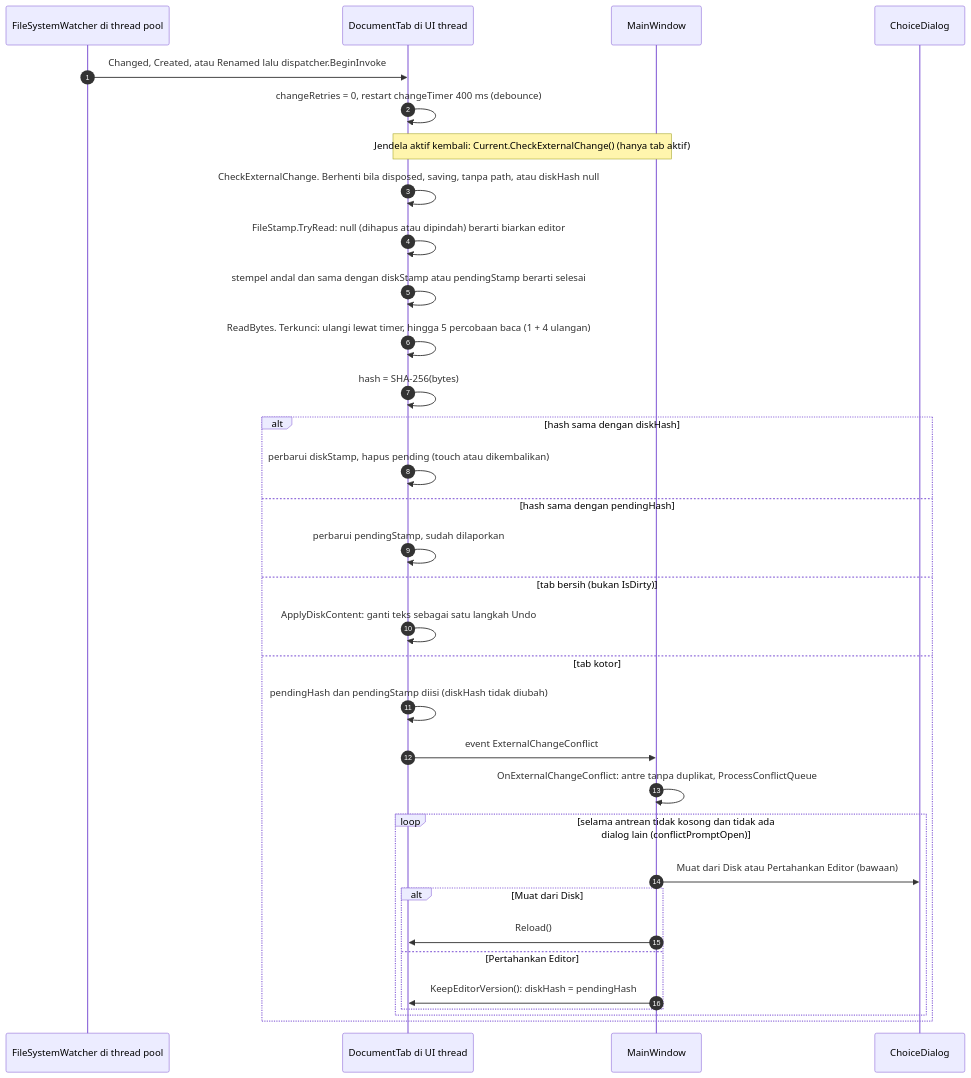
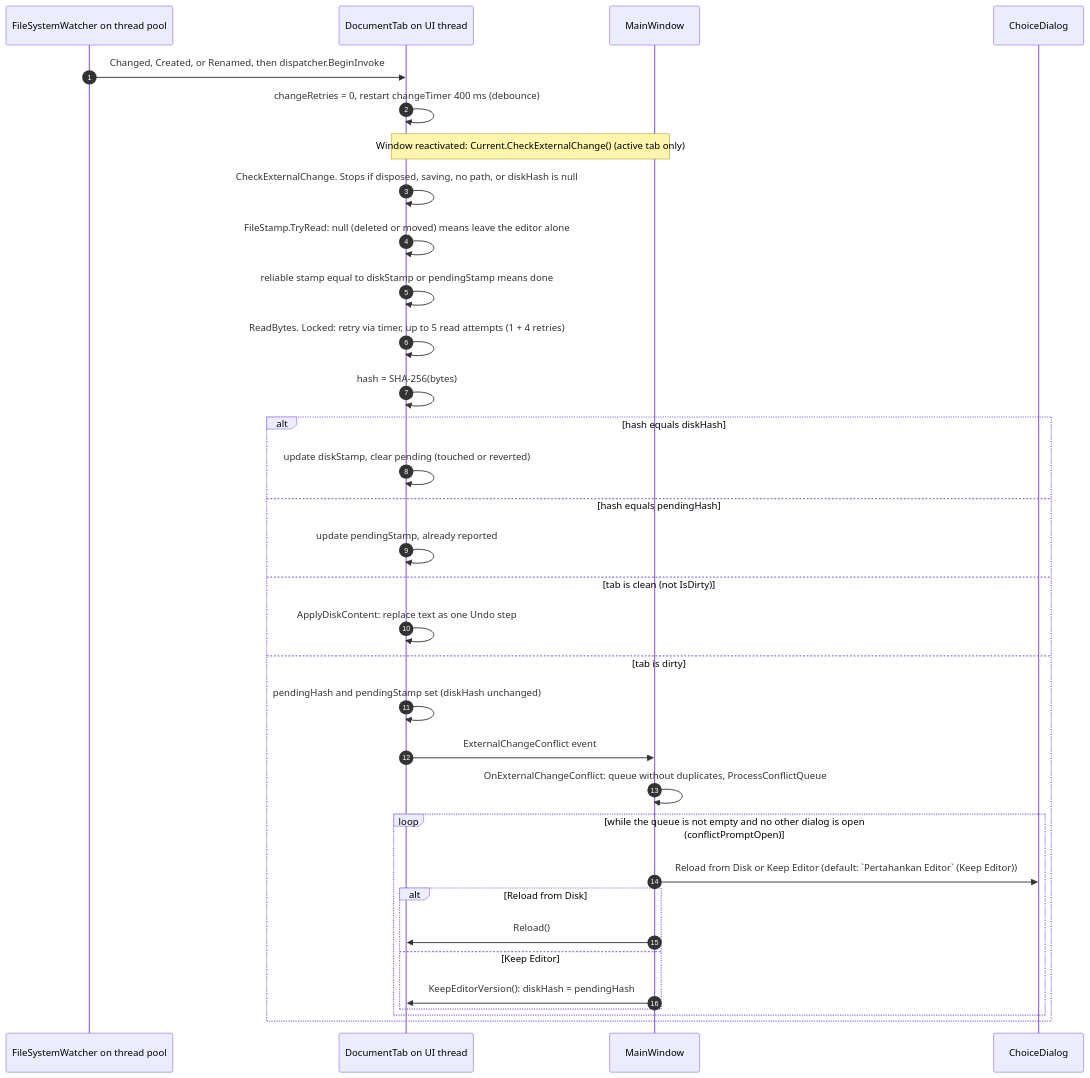
The sixth of 14 diagrams in docs/ARCHITECTURE.md (hoaaah/Makdon), drawn with Mermaid before and after one commit. The commit also changed other lines of this file and 8 other files, not shown here.

````diff
--- a/docs/ARCHITECTURE.md
+++ b/docs/ARCHITECTURE.md
@@ -382,36 +379,36 @@
 ```mermaid
 sequenceDiagram
     autonumber
-    participant W as FileSystemWatcher di thread pool
-    participant T as DocumentTab di UI thread
+    participant W as FileSystemWatcher on thread pool
+    participant T as DocumentTab on UI thread
     participant M as MainWindow
     participant D as ChoiceDialog
 
-    W->>T: Changed, Created, atau Renamed lalu dispatcher.BeginInvoke
+    W->>T: Changed, Created, or Renamed, then dispatcher.BeginInvoke
     T->>T: changeRetries = 0, restart changeTimer 400 ms (debounce)
-    Note over M,T: Jendela aktif kembali: Current.CheckExternalChange() (hanya tab aktif)
-    T->>T: CheckExternalChange. Berhenti bila disposed, saving, tanpa path, atau diskHash null
-    T->>T: FileStamp.TryRead: null (dihapus atau dipindah) berarti biarkan editor
-    T->>T: stempel andal dan sama dengan diskStamp atau pendingStamp berarti selesai
-    T->>T: ReadBytes. Terkunci: ulangi lewat timer, hingga 5 percobaan baca (1 + 4 ulangan)
+    Note over M,T: Window reactivated: Current.CheckExternalChange() (active tab only)
+    T->>T: CheckExternalChange. Stops if disposed, saving, no path, or diskHash is null
+    T->>T: FileStamp.TryRead: null (deleted or moved) means leave the editor alone
+    T->>T: reliable stamp equal to diskStamp or pendingStamp means done
+    T->>T: ReadBytes. Locked: retry via timer, up to 5 read attempts (1 + 4 retries)
     T->>T: hash = SHA-256(bytes)
-    alt hash sama dengan diskHash
-        T->>T: perbarui diskStamp, hapus pending (touch atau dikembalikan)
-    else hash sama dengan pendingHash
-        T->>T: perbarui pendingStamp, sudah dilaporkan
-    else tab bersih (bukan IsDirty)
-        T->>T: ApplyDiskContent: ganti teks sebagai satu langkah Undo
-    else tab kotor
-        T->>T: pendingHash dan pendingStamp diisi (diskHash tidak diubah)
-        T->>M: event ExternalChangeConflict
-        M->>M: OnExternalChangeConflict: antre tanpa duplikat, ProcessConflictQueue
-        loop selama antrean tidak kosong dan tidak ada dialog lain (conflictPromptOpen)
-            M->>D: Muat dari Disk atau Pertahankan Editor (bawaan)
-            alt Muat dari Disk
+    alt hash equals diskHash
+        T->>T: update diskStamp, clear pending (touched or reverted)
+    else hash equals pendingHash
+        T->>T: update pendingStamp, already reported
+    else tab is clean (not IsDirty)
+        T->>T: ApplyDiskContent: replace text as one Undo step
+    else tab is dirty
+        T->>T: pendingHash and pendingStamp set (diskHash unchanged)
+        T->>M: ExternalChangeConflict event
+        M->>M: OnExternalChangeConflict: queue without duplicates, ProcessConflictQueue
+        loop while the queue is not empty and no other dialog is open (conflictPromptOpen)
+            M->>D: Reload from Disk or Keep Editor (default: `Pertahankan Editor` (Keep Editor))
+            alt Reload from Disk
                 M->>T: Reload()
-            else Pertahankan Editor
+            else Keep Editor
                 M->>T: KeepEditorVersion(): diskHash = pendingHash
             end
         end
     end
 ```
````
